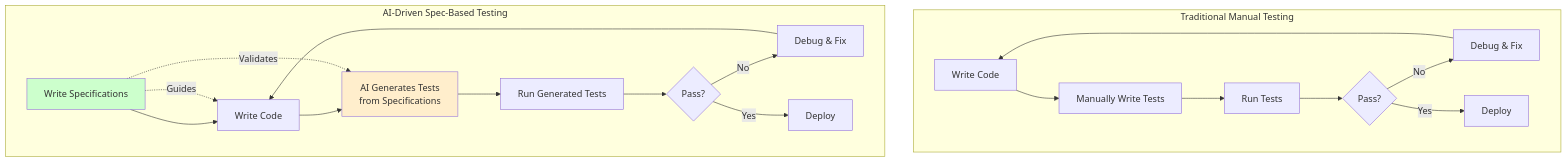
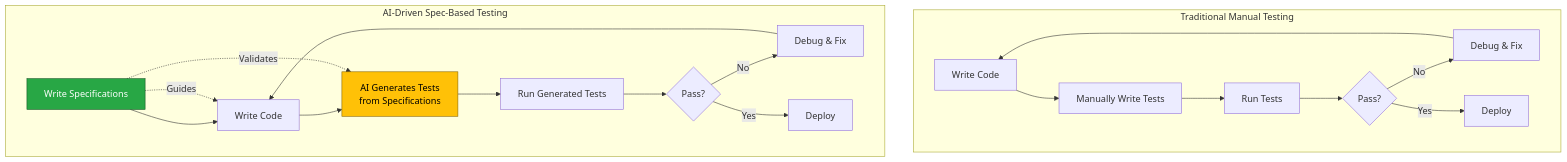
Before and after one commit to tikazyq/marvinzhang.dev: the second of 2 diagrams in blog/2025-10-02-rices-theorem-why-automated-testing-will-fail.mdx, drawn with Mermaid. The commit also changed other lines of this file and 3 other files, not shown here.

Commit message:
Enhance writing guidelines and blog content with Mermaid styling and MDX syntax updates; improve diagram readability and add truncate markers for blog previews.

````diff
--- a/blog/2025-10-02-rices-theorem-why-automated-testing-will-fail.mdx
+++ b/blog/2025-10-02-rices-theorem-why-automated-testing-will-fail.mdx
@@ -226,26 +226,26 @@
 ```mermaid
 graph TB
     subgraph "Traditional Manual Testing"
         A1[Write Code] --> A2[Manually Write Tests]
         A2 --> A3[Run Tests]
         A3 --> A4{Pass?}
         A4 -->|No| A5[Debug & Fix]
         A5 --> A1
         A4 -->|Yes| A6[Deploy]
     end
     
     subgraph "AI-Driven Spec-Based Testing"
         B1[Write Specifications] --> B2[Write Code]
         B2 --> B3[AI Generates Tests<br/>from Specifications]
         B3 --> B4[Run Generated Tests]
         B4 --> B5{Pass?}
         B5 -->|No| B6[Debug & Fix]
         B6 --> B2
         B5 -->|Yes| B7[Deploy]
         B1 -.->|Guides| B2
         B1 -.->|Validates| B3
     end
     
-    style B1 fill:#ccffcc
-    style B3 fill:#ffeecc
+    style B1 fill:#28a745,stroke:#155724,color:#fff
+    style B3 fill:#ffc107,stroke:#856404,color:#000
 ```
````
